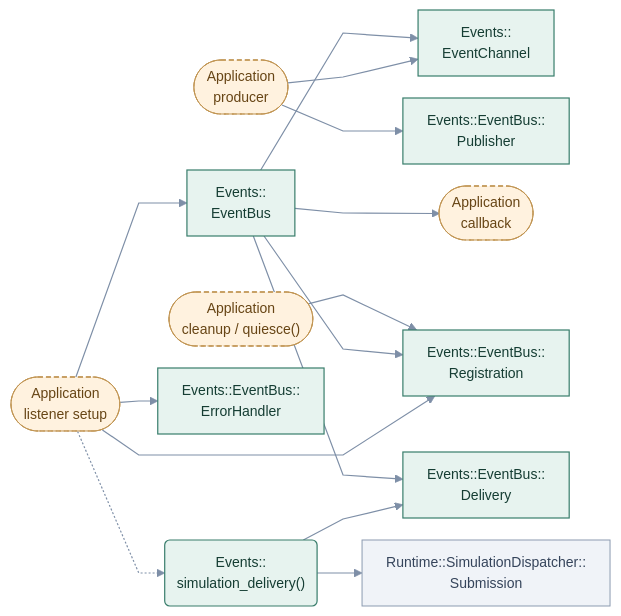
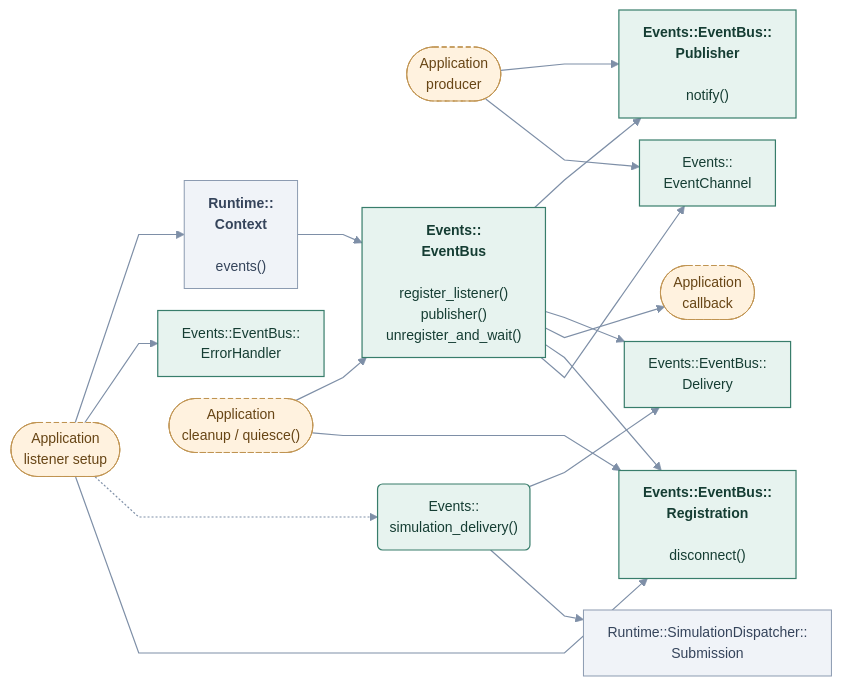
Before and after one commit to cppcooper/cheryl-engine: the diagram in docs/site/engine-systems/diagrams/events-application.mmd, drawn with Mermaid. The commit also changed 25 other files, not shown here.

First line of the commit message:
Adds public method entry points to application diagrams

```diff
--- a/docs/site/engine-systems/diagrams/events-application.mmd
+++ b/docs/site/engine-systems/diagrams/events-application.mmd
@@ -1,46 +1,50 @@
 ---
 config:
   theme: base
   themeVariables:
     fontFamily: system-ui, sans-serif
     fontSize: 14px
   flowchart:
     htmlLabels: true
     curve: linear
     nodeSpacing: 22
     rankSpacing: 38
     padding: 12
 ---
 flowchart LR
     accTitle: Events · application registration and delivery
-    accDescr: Arrows point toward dependencies. Application roles are rounded; named API operations have rounded corners. Dashed arrows mark optional choices.
+    accDescr: Arrows point toward the API or type used, not call order or data flow. Methods beneath type names are selected application entry points; Implement hooks marks engine-invoked overrides. Dashed arrows mark optional choices.
     k0(["Application<br/>producer"]):::app
     k1["Events::<br/>EventChannel"]:::focal
-    k2["Events::EventBus::<br/>Publisher"]:::focal
+    k2["<b>Events::EventBus::<br/>Publisher</b><br/><br/>notify()"]:::focal
     k3(["Application<br/>listener setup"]):::app
-    k4["Events::<br/>EventBus"]:::focal
-    k5["Events::EventBus::<br/>Registration"]:::focal
-    k6(["Application<br/>callback"]):::app
-    k7("Events::<br/>simulation_delivery()"):::focal
-    k8["Runtime::SimulationDispatcher::<br/>Submission"]:::neighbor
-    k9["Events::EventBus::<br/>Delivery"]:::focal
-    k10["Events::EventBus::<br/>ErrorHandler"]:::focal
-    k11(["Application<br/>cleanup / quiesce()"]):::app
+    k4["<b>Runtime::<br/>Context</b><br/><br/>events()"]:::neighbor
+    k5["<b>Events::<br/>EventBus</b><br/><br/>register_listener()<br/>publisher()<br/>unregister_and_wait()"]:::focal
+    k6["<b>Events::EventBus::<br/>Registration</b><br/><br/>disconnect()"]:::focal
+    k7(["Application<br/>callback"]):::app
+    k8("Events::<br/>simulation_delivery()"):::focal
+    k9["Runtime::SimulationDispatcher::<br/>Submission"]:::neighbor
+    k10["Events::EventBus::<br/>Delivery"]:::focal
+    k11["Events::EventBus::<br/>ErrorHandler"]:::focal
+    k12(["Application<br/>cleanup / quiesce()"]):::app
     k0 --> k1
     k0 --> k2
+    k3 --> k6
+    k5 --> k1
+    k5 --> k6
+    k5 --> k7
+    k3 -.-> k8
+    k8 --> k9
+    k8 --> k10
+    k5 --> k10
+    k3 --> k11
+    k12 --> k6
     k3 --> k4
-    k3 --> k5
-    k4 --> k1
     k4 --> k5
-    k4 --> k6
-    k3 -.-> k7
-    k7 --> k8
-    k7 --> k9
-    k4 --> k9
-    k3 --> k10
-    k11 --> k5
+    k5 --> k2
+    k12 --> k5
     classDef focal fill:#e7f3ef,stroke:#387d6b,color:#153d33,stroke-width:1.2px
     classDef neighbor fill:#f0f3f8,stroke:#8c9bb1,color:#35445b,stroke-width:1px
     classDef app fill:#fff2df,stroke:#c09452,color:#674515,stroke-dasharray:5 3
     classDef system fill:#eaf0fc,stroke:#617fab,color:#263f69,stroke-width:1.2px
     linkStyle default stroke:#7e8fa7,stroke-width:1.2px
```
